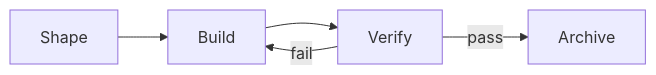
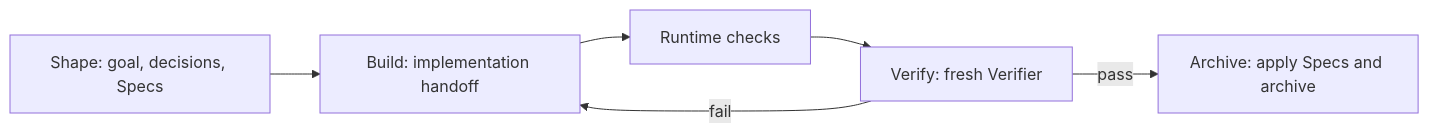
One commit to rpamis/comet-website-docs changed the diagram in en/concepts/native-workflow.mdx. Above: the diagram before and after it, drawn with Mermaid. The commit also changed other lines of this file and 45 other files, not shown here.

````diff
--- a/en/concepts/native-workflow.mdx
+++ b/en/concepts/native-workflow.mdx
@@ -103,7 +10,7 @@
 ```mermaid
 flowchart LR
-  S["Shape"] --> B["Build"]
-  B --> V["Verify"]
-  V -->|pass| A["Archive"]
+  S["Shape: goal, decisions, Specs"] --> B["Build: implementation handoff"]
+  B --> C["Runtime checks"] --> V["Verify: fresh Verifier"]
   V -->|fail| B
+  V -->|pass| A["Archive: apply Specs and archive"]
 ```
````
